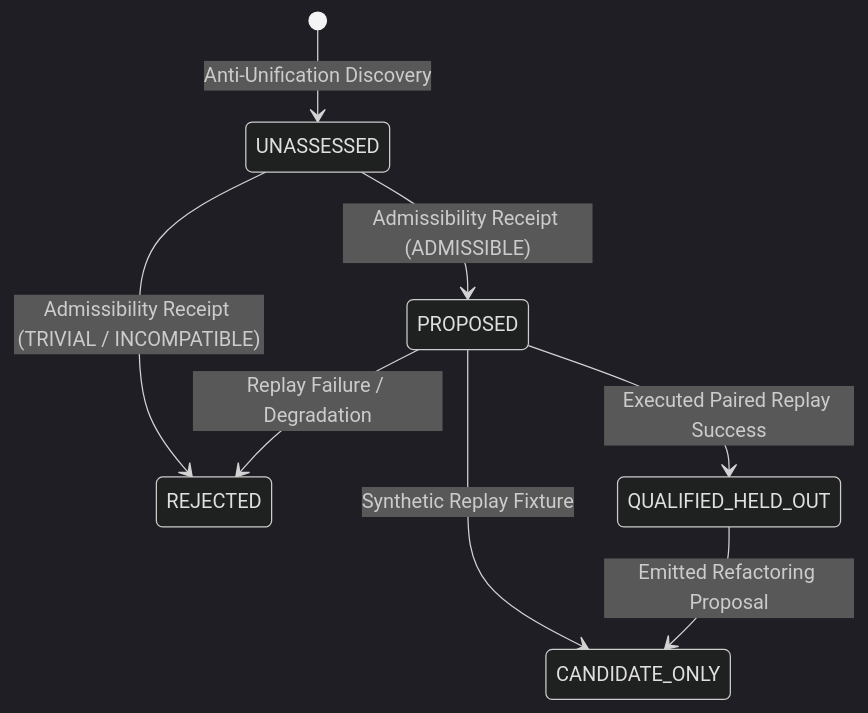
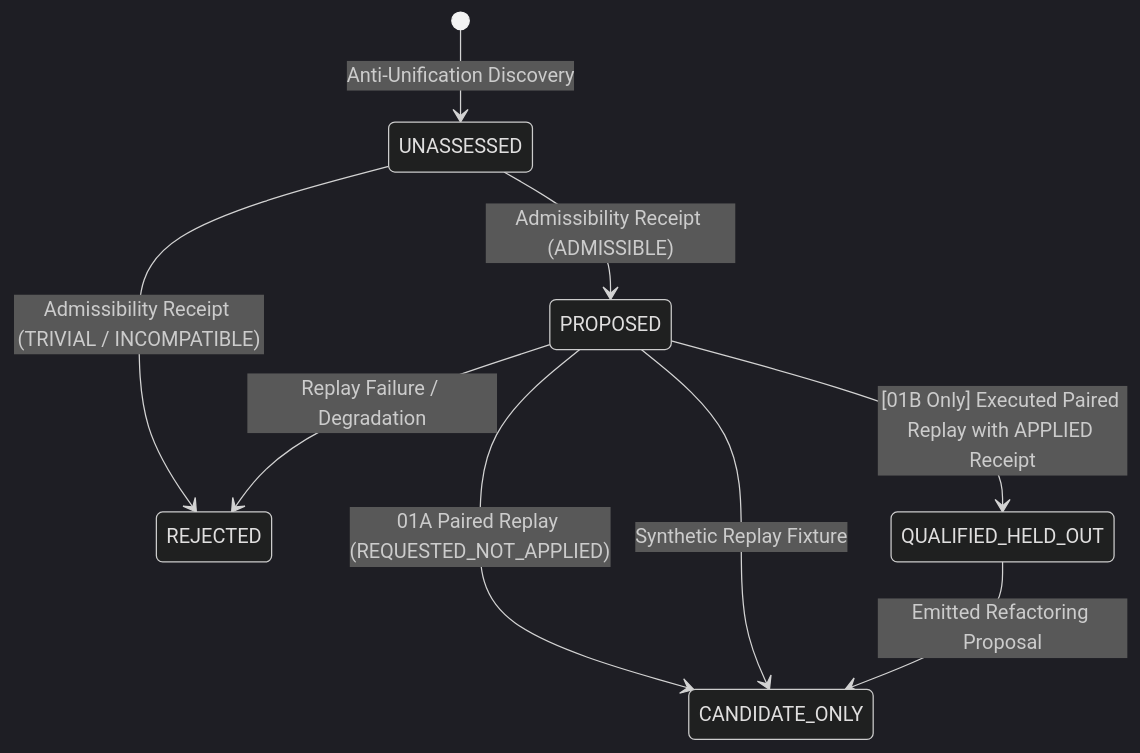
The diagram in docs/ABSTRACTION_MODEL.md (Miskatonic-System/msk-formal-discovery), drawn with Mermaid (dark theme) before and after one commit. The commit also changed other lines of this file and 8 other files, not shown here.

Commit message:
WO-MATH-FORMAL-DISCOVERY-01A-R4-R1: Candidate-application authority closure, caller APPLIED removal, positive-benefit retraction, and spine ratification

````diff
--- a/docs/ABSTRACTION_MODEL.md
+++ b/docs/ABSTRACTION_MODEL.md
@@ -155,10 +195,11 @@
 ```mermaid
 stateDiagram-v2
     [*] --> UNASSESSED : Anti-Unification Discovery
     UNASSESSED --> PROPOSED : Admissibility Receipt (ADMISSIBLE)
     UNASSESSED --> REJECTED : Admissibility Receipt (TRIVIAL / INCOMPATIBLE)
-    PROPOSED --> QUALIFIED_HELD_OUT : Executed Paired Replay Success
+    PROPOSED --> CANDIDATE_ONLY : 01A Paired Replay (REQUESTED_NOT_APPLIED)
     PROPOSED --> CANDIDATE_ONLY : Synthetic Replay Fixture
+    PROPOSED --> QUALIFIED_HELD_OUT : [01B Only] Executed Paired Replay with APPLIED Receipt
     PROPOSED --> REJECTED : Replay Failure / Degradation
     QUALIFIED_HELD_OUT --> CANDIDATE_ONLY : Emitted Refactoring Proposal
 ```
````
